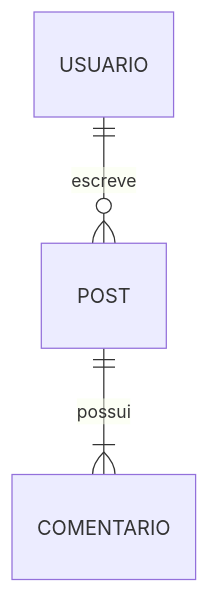
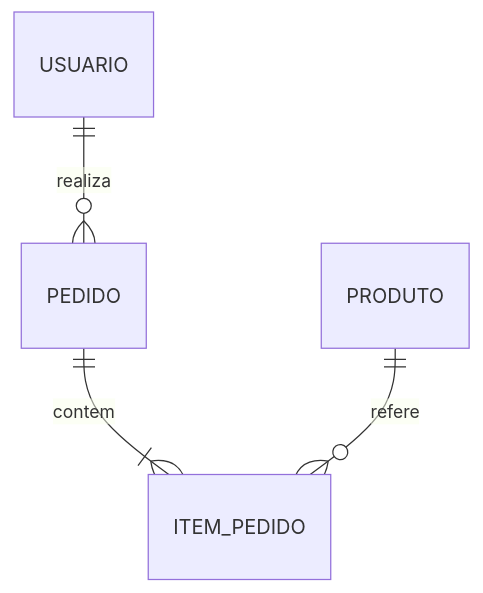
One commit to dandgabr/skills changed the fifth of 7 diagrams in skills/engineering-practices/documentation-designer/SKILL.md. Above: the diagram before and after it, drawn with Mermaid. The commit also changed other lines of this file and 8 other files, not shown here.

````diff
--- a/skills/engineering-practices/documentation-designer/SKILL.md
+++ b/skills/engineering-practices/documentation-designer/SKILL.md
@@ -145,5 +163,6 @@
 ```mermaid
 erDiagram
-    USUARIO ||--o{ POST : escreve
-    POST ||--|{ COMENTARIO : possui
+    USUARIO ||--o{ PEDIDO : realiza
+    PEDIDO ||--|{ ITEM_PEDIDO : contem
+    PRODUTO ||--o{ ITEM_PEDIDO : refere
 ```
````
